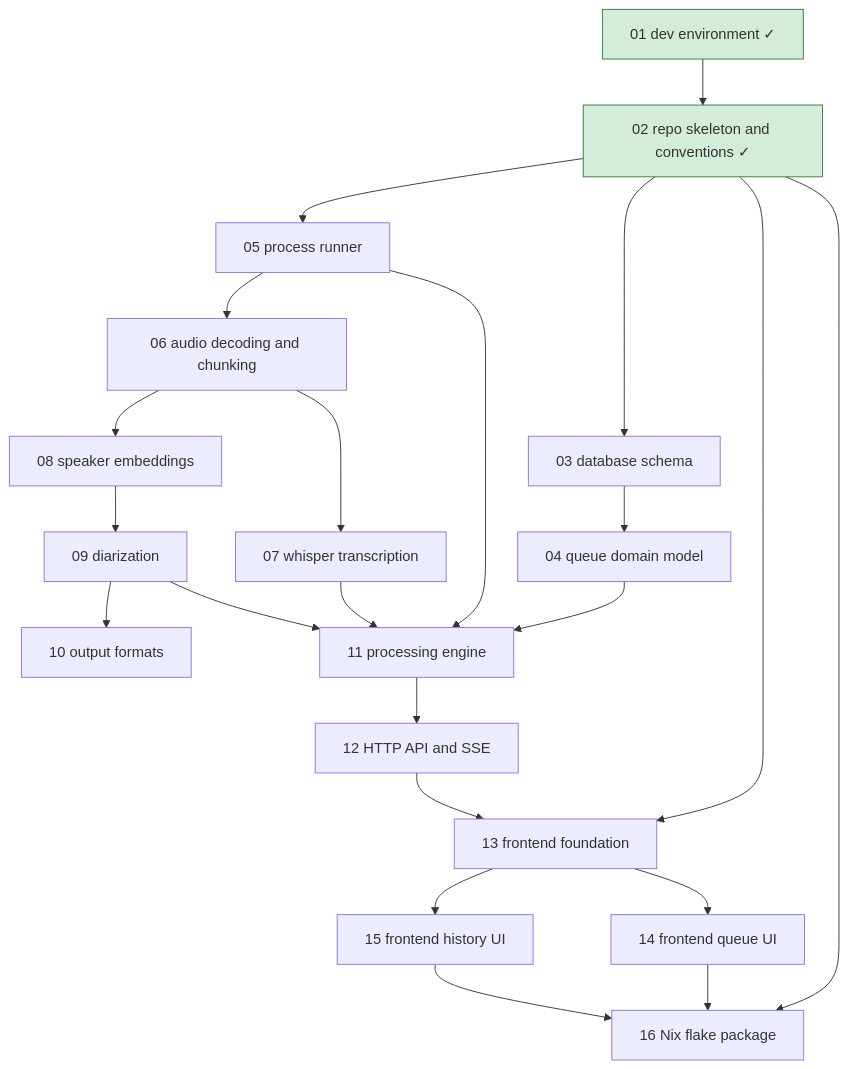
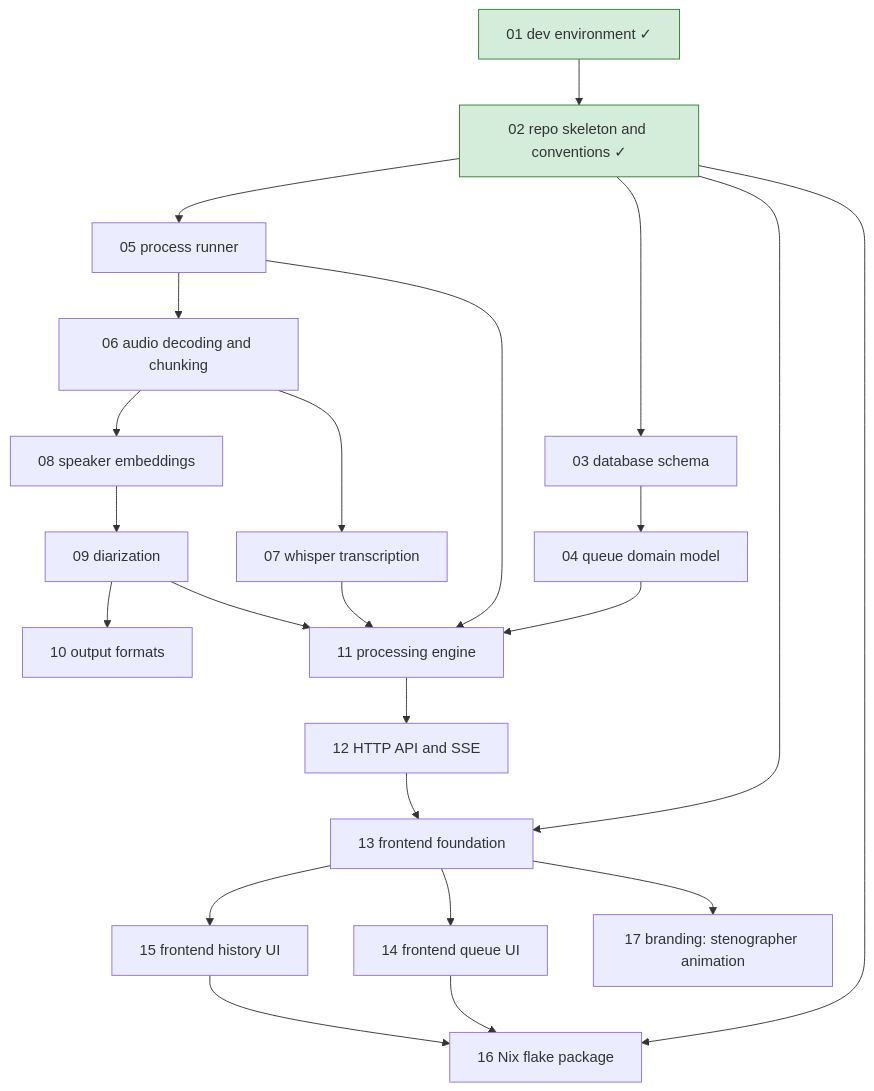
Before and after one commit to lulu-berlin/speech-to-text-app: the diagram in roadmap/README.md, drawn with Mermaid. The commit also changed other lines of this file and 1 other file, not shown here.

Commit message:
Add roadmap item 17: stenographer typing animation for branding

````diff
--- a/roadmap/README.md
+++ b/roadmap/README.md
@@ -17,25 +17,26 @@
 ```mermaid
 graph TD
   01[01 dev environment ✓]:::done --> 02[02 repo skeleton and conventions ✓]:::done
   02 --> 03[03 database schema]
   03 --> 04[04 queue domain model]
   02 --> 05[05 process runner]
   05 --> 06[06 audio decoding and chunking]
   06 --> 07[07 whisper transcription]
   06 --> 08[08 speaker embeddings]
   08 --> 09[09 diarization]
   09 --> 10[10 output formats]
   04 --> 11[11 processing engine]
   05 --> 11
   07 --> 11
   09 --> 11
   11 --> 12[12 HTTP API and SSE]
   02 --> 13[13 frontend foundation]
   12 --> 13
   13 --> 14[14 frontend queue UI]
   13 --> 15[15 frontend history UI]
   02 --> 16[16 Nix flake package]
   14 --> 16
   15 --> 16
+  13 --> 17[17 branding: stenographer animation]
   classDef done fill:#d4edda,stroke:#2e7d32
 ```
````
